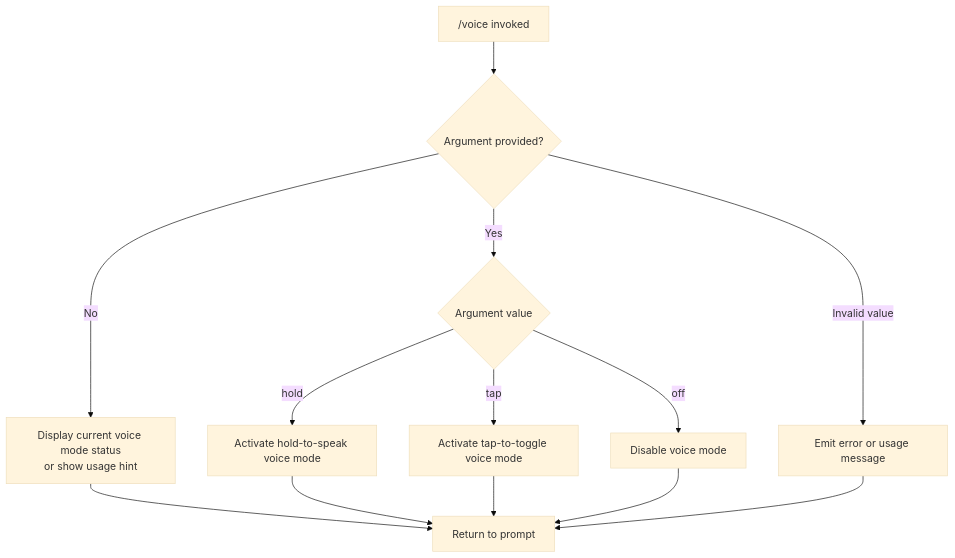
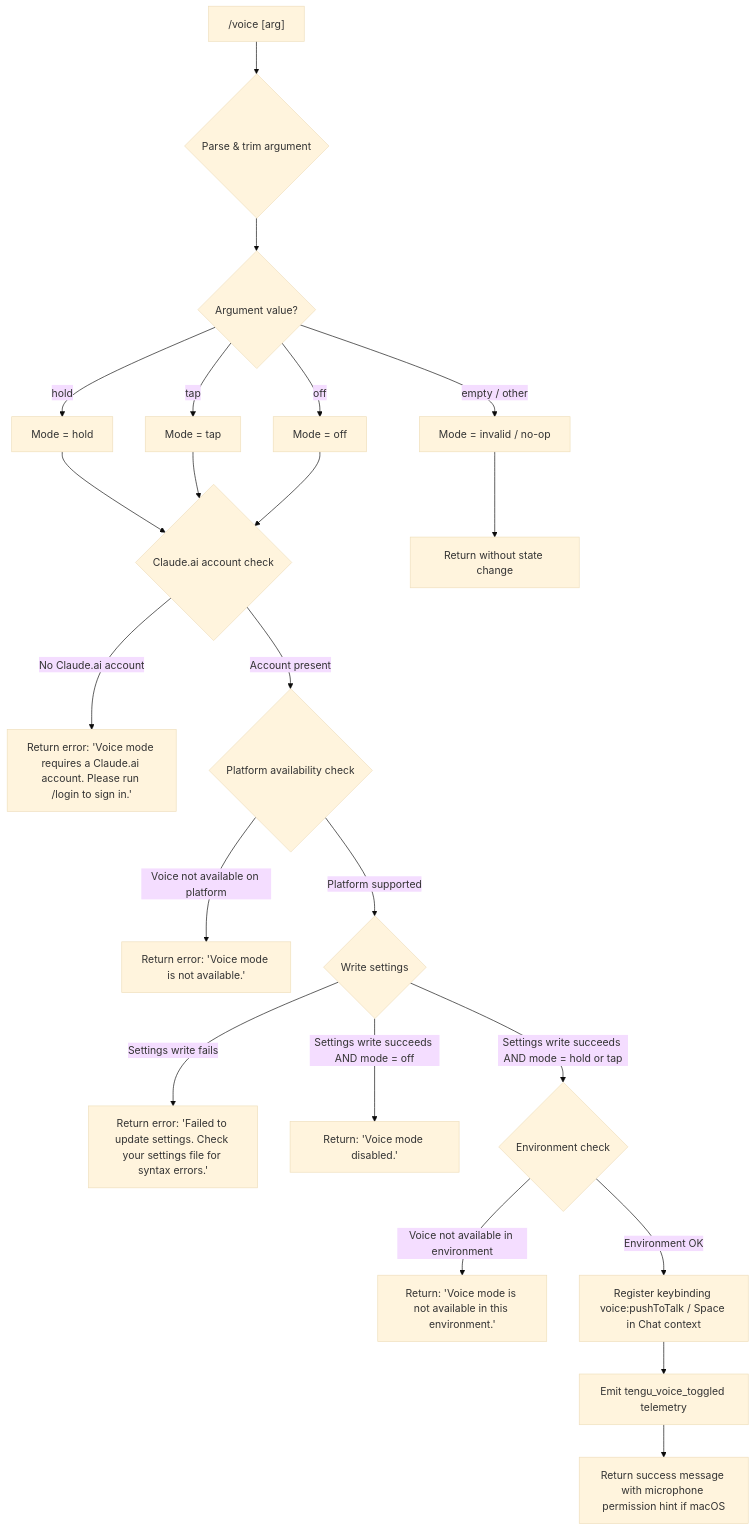
The diagram in versions/v2.1.141/voice.md (MyLittleLuckyDog/cc-gnothi), drawn with Mermaid (base theme) before and after one commit. The commit also changed other lines of this file and 483 other files, not shown here.

````diff
--- a/versions/v2.1.141/voice.md
+++ b/versions/v2.1.141/voice.md
@@ -48,15 +57,30 @@
 ```mermaid
 flowchart TD
-    A["/voice invoked"] --> B{Argument provided?}
-    B -- No --> C[Display current voice mode status\nor show usage hint]
-    B -- Yes --> D{Argument value}
-    D -- hold --> E[Activate hold-to-speak voice mode]
-    D -- tap --> F[Activate tap-to-toggle voice mode]
-    D -- off --> G[Disable voice mode]
-    C --> Z[Return to prompt]
-    E --> Z
-    F --> Z
-    G --> Z
-    B -- Invalid value --> H[Emit error or usage message]
-    H --> Z
+    A["/voice [arg]"] --> B{Parse & trim argument}
+    B --> C{Argument value?}
+    C -->|"hold"| D[Mode = hold]
+    C -->|"tap"| E[Mode = tap]
+    C -->|"off"| F[Mode = off]
+    C -->|empty / other| G[Mode = invalid / no-op]
+
+    D --> H{Claude.ai account check}
+    E --> H
+    F --> H
+
+    H -->|No Claude.ai account| I["Return error: 'Voice mode requires a Claude.ai account. Please run /login to sign in.'"]
+    H -->|Account present| J{Platform availability check}
+
+    J -->|Voice not available on platform| K["Return error: 'Voice mode is not available.'"]
+    J -->|Platform supported| L{Write settings}
+
+    L -->|Settings write fails| M["Return error: 'Failed to update settings. Check your settings file for syntax errors.'"]
+    L -->|Settings write succeeds AND mode = off| N["Return: 'Voice mode disabled.'"]
+    L -->|Settings write succeeds AND mode = hold or tap| O{Environment check}
+
+    O -->|Voice not available in environment| P["Return: 'Voice mode is not available in this environment.'"]
+    O -->|Environment OK| Q[Register keybinding voice:pushToTalk / Space in Chat context]
+    Q --> R[Emit tengu_voice_toggled telemetry]
+    R --> S[Return success message with microphone permission hint if macOS]
+
+    G --> T[Return without state change]
 ```
````
